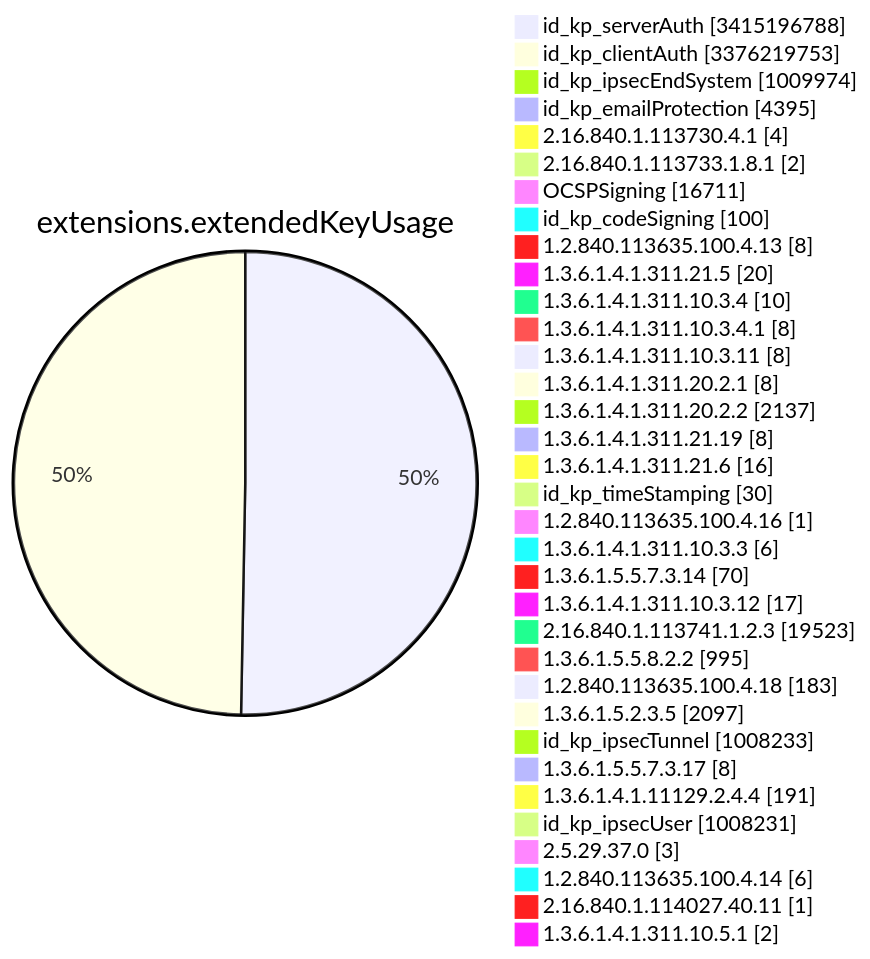
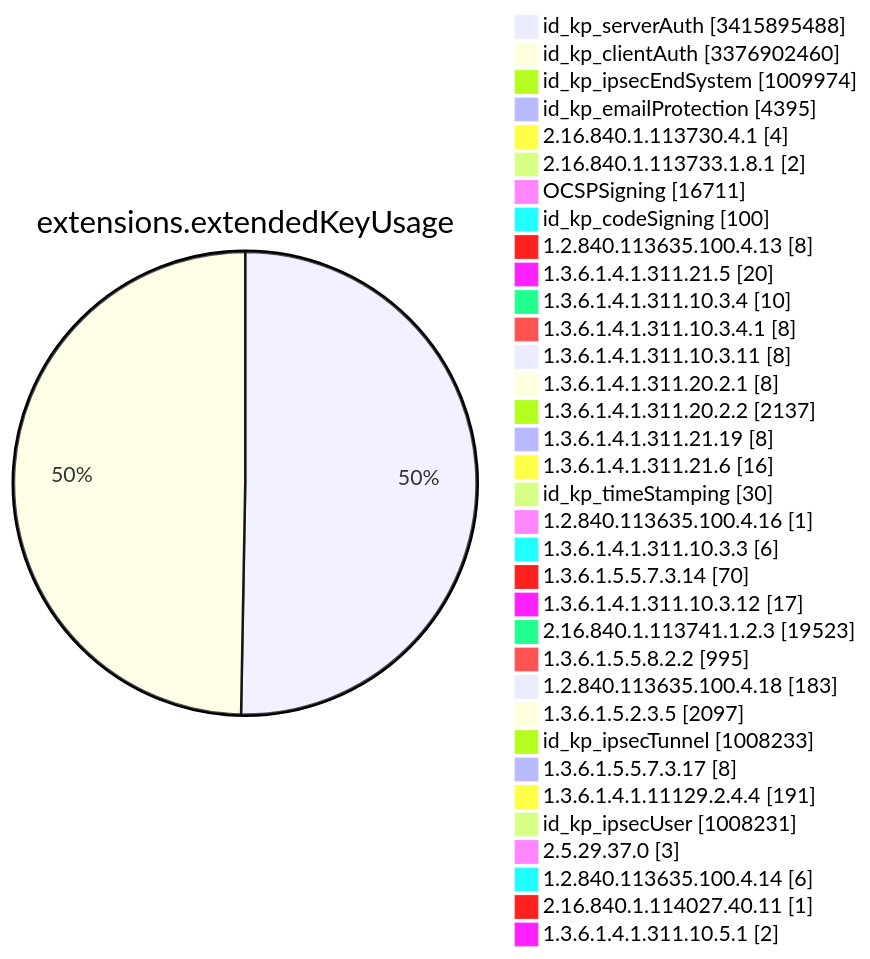
Before and after one commit to christiankrug/ctmonitor_visualization: diagram 11 of 15 in TOTAL/README.md, drawn with Mermaid. The commit also changed other lines of this file, not shown here.

````diff
--- a/TOTAL/README.md
+++ b/TOTAL/README.md
@@ -4121,38 +4121,38 @@
 ```mermaid
 pie showData
 title extensions.extendedKeyUsage
-"id_kp_serverAuth" :3415196788
-"id_kp_clientAuth" :3376219753
+"id_kp_serverAuth" :3415895488
+"id_kp_clientAuth" :3376902460
 "id_kp_ipsecEndSystem" :1009974
 "id_kp_emailProtection" :4395
 "2.16.840.1.113730.4.1" :4
 "2.16.840.1.113733.1.8.1" :2
 "OCSPSigning" :16711
 "id_kp_codeSigning" :100
 "1.2.840.113635.100.4.13" :8
 "1.3.6.1.4.1.311.21.5" :20
 "1.3.6.1.4.1.311.10.3.4" :10
 "1.3.6.1.4.1.311.10.3.4.1" :8
 "1.3.6.1.4.1.311.10.3.11" :8
 "1.3.6.1.4.1.311.20.2.1" :8
 "1.3.6.1.4.1.311.20.2.2" :2137
 "1.3.6.1.4.1.311.21.19" :8
 "1.3.6.1.4.1.311.21.6" :16
 "id_kp_timeStamping" :30
 "1.2.840.113635.100.4.16" :1
 "1.3.6.1.4.1.311.10.3.3" :6
 "1.3.6.1.5.5.7.3.14" :70
 "1.3.6.1.4.1.311.10.3.12" :17
 "2.16.840.1.113741.1.2.3" :19523
 "1.3.6.1.5.5.8.2.2" :995
 "1.2.840.113635.100.4.18" :183
 "1.3.6.1.5.2.3.5" :2097
 "id_kp_ipsecTunnel" :1008233
 "1.3.6.1.5.5.7.3.17" :8
 "1.3.6.1.4.1.11129.2.4.4" :191
 "id_kp_ipsecUser" :1008231
 "2.5.29.37.0" :3
 "1.2.840.113635.100.4.14" :6
 "2.16.840.1.114027.40.11" :1
 "1.3.6.1.4.1.311.10.5.1" :2
 ```
````
